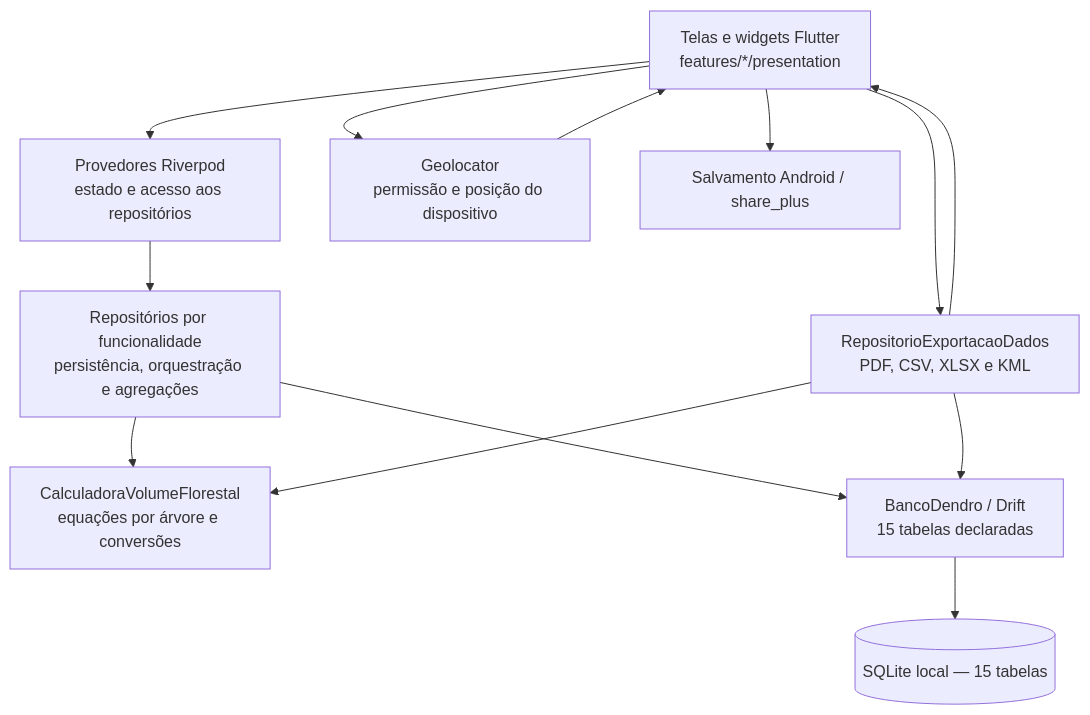
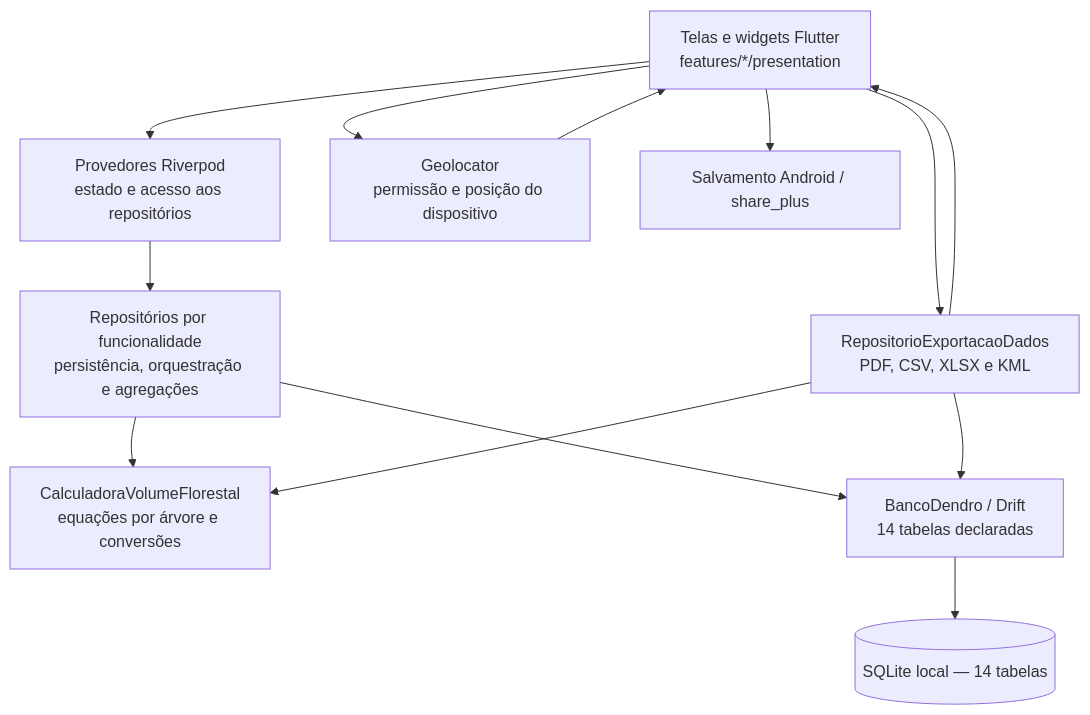
One commit to mateushernandes10-droid/dendro_mobile changed the diagram in tcc_codex_context/docs/diagrams/02_arquitetura.mmd. Above: the diagram before and after it, drawn with Mermaid. The commit also changed 26 other files, not shown here.

```diff
--- a/tcc_codex_context/docs/diagrams/02_arquitetura.mmd
+++ b/tcc_codex_context/docs/diagrams/02_arquitetura.mmd
@@ -1,22 +1,22 @@
 flowchart TB
     UI["Telas e widgets Flutter<br/>features/*/presentation"]
     RP["Provedores Riverpod<br/>estado e acesso aos repositórios"]
     REPO["Repositórios por funcionalidade<br/>persistência, orquestração e agregações"]
     CALC["CalculadoraVolumeFlorestal<br/>equações por árvore e conversões"]
-    DB["BancoDendro / Drift<br/>15 tabelas declaradas"]
-    SQL[("SQLite local — 15 tabelas")]
+    DB["BancoDendro / Drift<br/>14 tabelas declaradas"]
+    SQL[("SQLite local — 14 tabelas")]
     GEO["Geolocator<br/>permissão e posição do dispositivo"]
     EXPORT["RepositorioExportacaoDados<br/>PDF, CSV, XLSX e KML"]
     FILE["Salvamento Android / share_plus"]
     UI --> RP
     RP --> REPO
     REPO --> DB
     DB --> SQL
     REPO --> CALC
     UI --> GEO
     GEO --> UI
     UI --> EXPORT
     EXPORT --> DB
     EXPORT --> CALC
     UI --> FILE
     EXPORT --> UI
```
